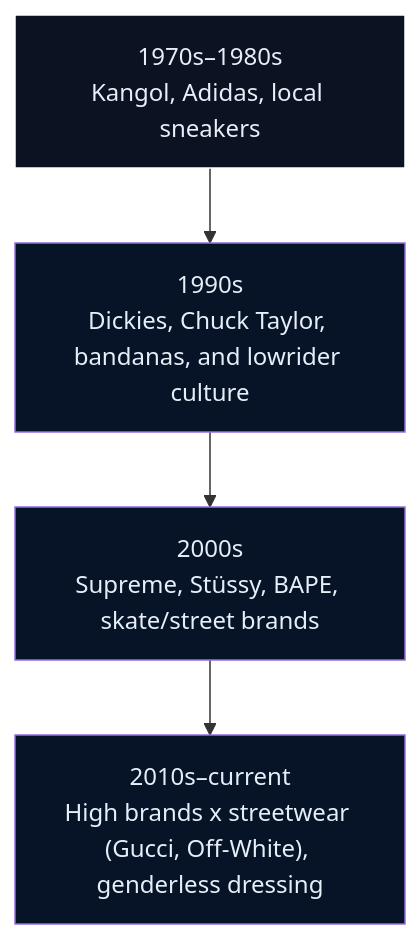
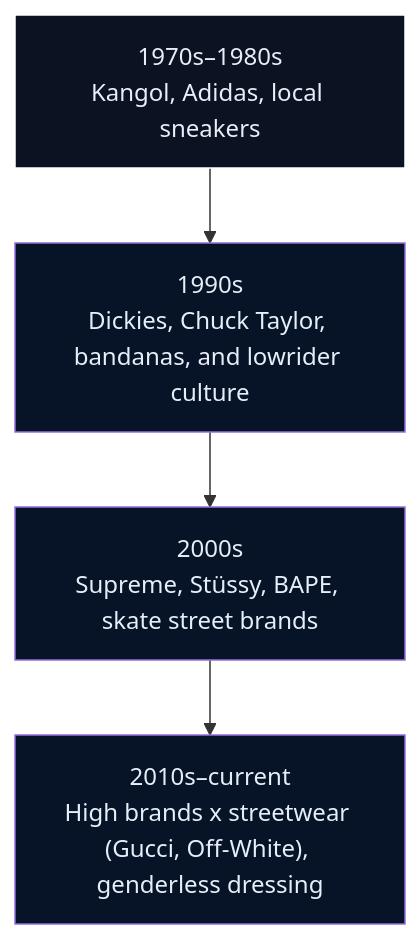
The diagram in en/_posts/2025-09-20-Column-Westcoast-Hiphop-History.md (monumental-movement/monumental-movement.github.io), drawn with Mermaid before and after one commit. The commit also changed other lines of this file and 224 other files, not shown here.

```diff
--- a/en/_posts/2025-09-20-Column-Westcoast-Hiphop-History.md
+++ b/en/_posts/2025-09-20-Column-Westcoast-Hiphop-History.md
@@ -162,10 +162,10 @@
 <div class="mermaid">
 flowchart TD
   style A fill:#0b1221,stroke:#ffffff,stroke-width:1px
   A["1970s–1980s\nKangol, Adidas, local sneakers"] --> B["1990s\nDickies, Chuck Taylor, bandanas, and lowrider culture"]
-  B --> C["2000s\nSupreme, Stüssy, BAPE, skate/street brands"]
+  B --> C["2000s\nSupreme, Stüssy, BAPE, skate street brands"]
   C --> D["2010s–current\nHigh brands x streetwear (Gucci, Off-White), genderless dressing"]
 
   classDef decades fill:#071428,color:#e6eef8
   class A,B,C,D decades
 </div>
```
